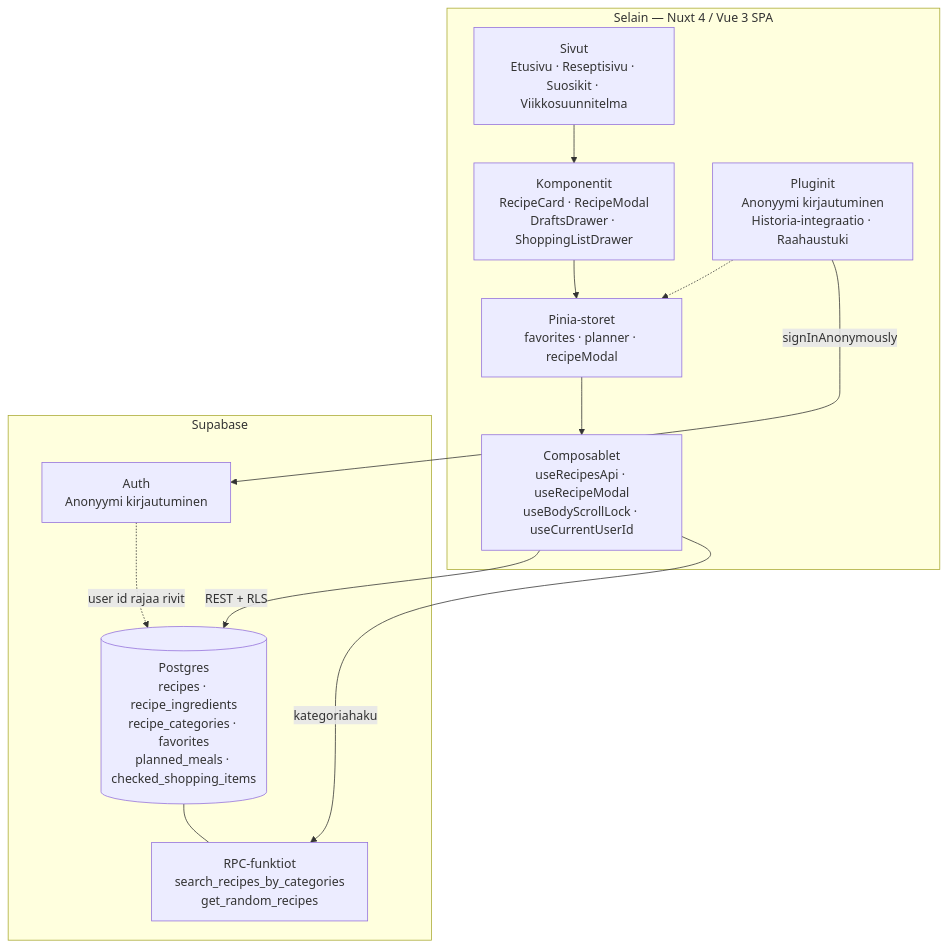
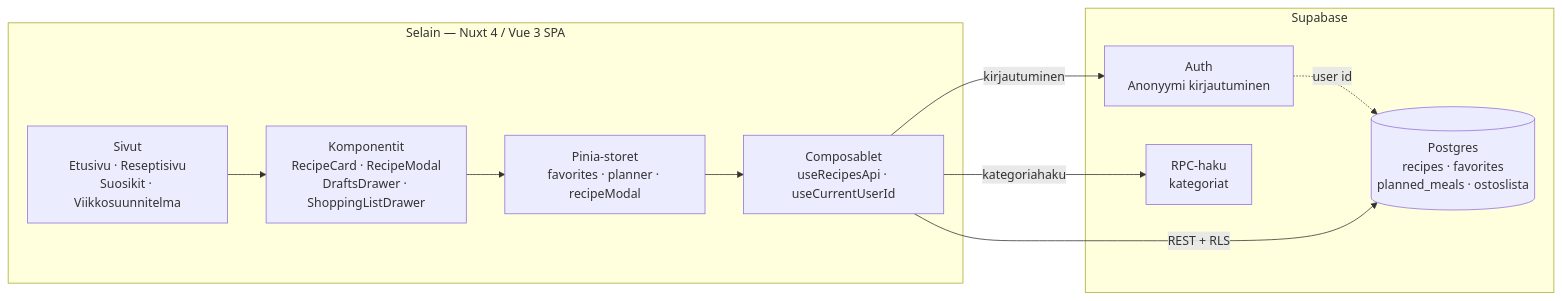
Before and after one commit to mkekola/Forkcast: the diagram in README.md, drawn with Mermaid.

Commit message:
Simplify the architecture diagram to reduce visual clutter
The top-down layout with a separate Plugins branch had several
crossing edges - switched to a left-to-right flow (client stages in a
straight line, Supabase's three surfaces as parallel destinations)
which lays out with no crossings.

````diff
--- a/README.md
+++ b/README.md
@@ -45,28 +45,18 @@
 ```mermaid
-graph TB
+graph LR
     subgraph Client["Selain — Nuxt 4 / Vue 3 SPA"]
-        Pages["Sivut<br/>Etusivu · Reseptisivu · Suosikit · Viikkosuunnitelma"]
-        Components["Komponentit<br/>RecipeCard · RecipeModal<br/>DraftsDrawer · ShoppingListDrawer"]
-        Stores["Pinia-storet<br/>favorites · planner · recipeModal"]
-        Composables["Composablet<br/>useRecipesApi · useRecipeModal<br/>useBodyScrollLock · useCurrentUserId"]
-        Plugins["Pluginit<br/>Anonyymi kirjautuminen<br/>Historia-integraatio · Raahaustuki"]
-
-        Pages --> Components
-        Components --> Stores
-        Stores --> Composables
-        Plugins -.-> Stores
+        Pages["Sivut<br/>Etusivu · Reseptisivu<br/>Suosikit · Viikkosuunnitelma"] --> Components["Komponentit<br/>RecipeCard · RecipeModal<br/>DraftsDrawer · ShoppingListDrawer"] --> Stores["Pinia-storet<br/>favorites · planner · recipeModal"] --> Composables["Composablet<br/>useRecipesApi · useCurrentUserId"]
     end
 
     subgraph Supabase["Supabase"]
         Auth["Auth<br/>Anonyymi kirjautuminen"]
-        DB[("Postgres<br/>recipes · recipe_ingredients<br/>recipe_categories · favorites<br/>planned_meals · checked_shopping_items")]
-        RPC["RPC-funktiot<br/>search_recipes_by_categories<br/>get_random_recipes"]
+        DB[("Postgres<br/>recipes · favorites<br/>planned_meals · ostoslista")]
+        RPC["RPC-haku<br/>kategoriat"]
 
-        DB --- RPC
+        Auth -.->|"user id"| DB
     end
 
+    Composables -->|"kirjautuminen"| Auth
     Composables -->|"REST + RLS"| DB
     Composables -->|"kategoriahaku"| RPC
-    Plugins -->|"signInAnonymously"| Auth
-    Auth -.->|"user id rajaa rivit"| DB
 ```
````
